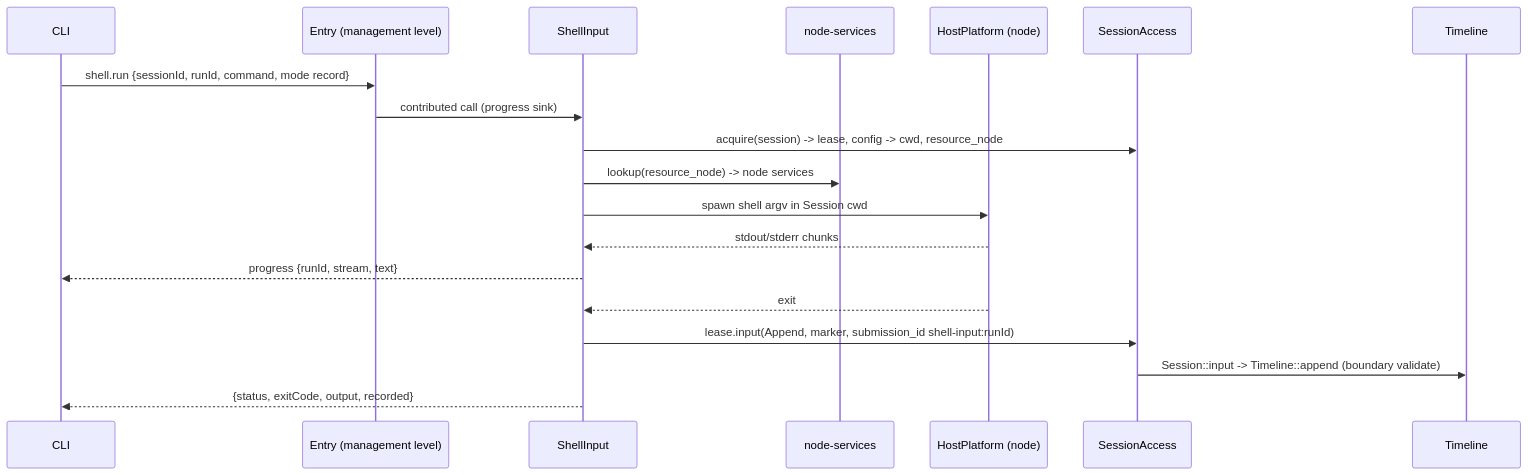
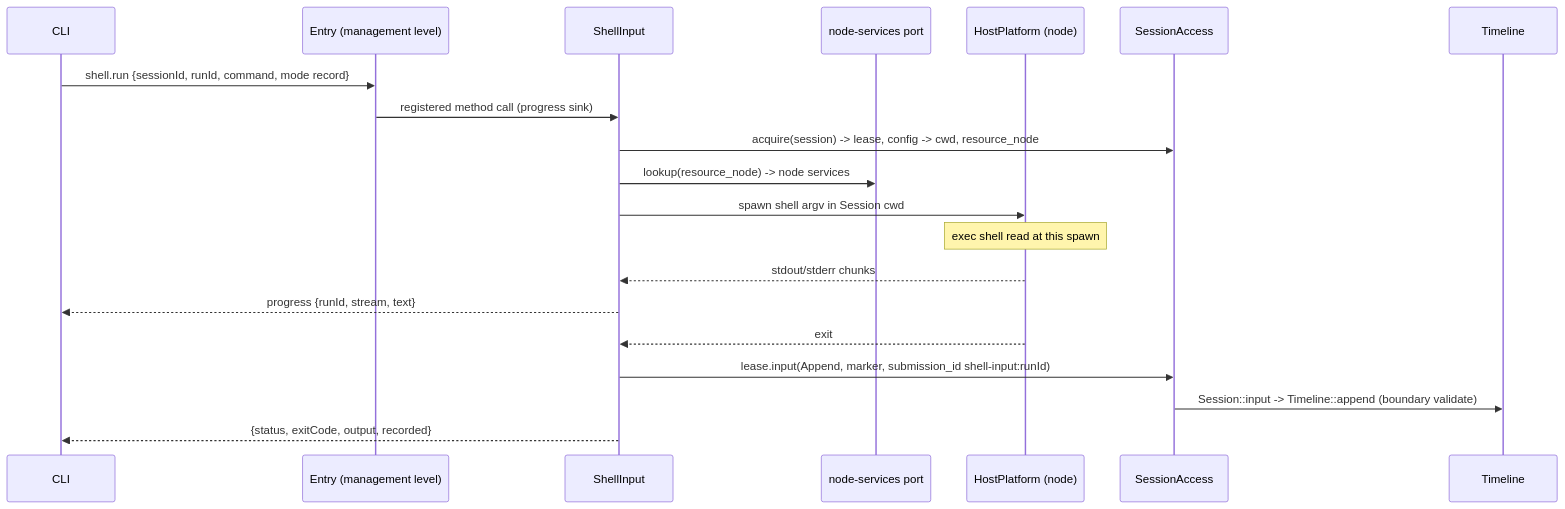
One commit to CoutinhoTTS/dim-agent changed the third of 6 diagrams in docs/design/plugins/ShellInput.md. Above: the diagram before and after it, drawn with Mermaid. The commit also changed other lines of this file and 3 other files, not shown here.

````diff
--- a/docs/design/plugins/ShellInput.md
+++ b/docs/design/plugins/ShellInput.md
@@ -78,21 +78,22 @@
 ```mermaid
 sequenceDiagram
   participant C as CLI
   participant M as Entry (management level)
   participant SI as ShellInput
-  participant NS as node-services
+  participant NS as node-services port
   participant HP as HostPlatform (node)
   participant SA as SessionAccess
   participant TL as Timeline
   C->>M: shell.run {sessionId, runId, command, mode record}
-  M->>SI: contributed call (progress sink)
+  M->>SI: registered method call (progress sink)
   SI->>SA: acquire(session) -> lease, config -> cwd, resource_node
   SI->>NS: lookup(resource_node) -> node services
   SI->>HP: spawn shell argv in Session cwd
+  Note over HP: exec shell read at this spawn
   HP-->>SI: stdout/stderr chunks
   SI-->>C: progress {runId, stream, text}
   HP-->>SI: exit
   SI->>SA: lease.input(Append, marker, submission_id shell-input:runId)
   SA->>TL: Session::input -> Timeline::append (boundary validate)
   SI-->>C: {status, exitCode, output, recorded}
 ```
````
